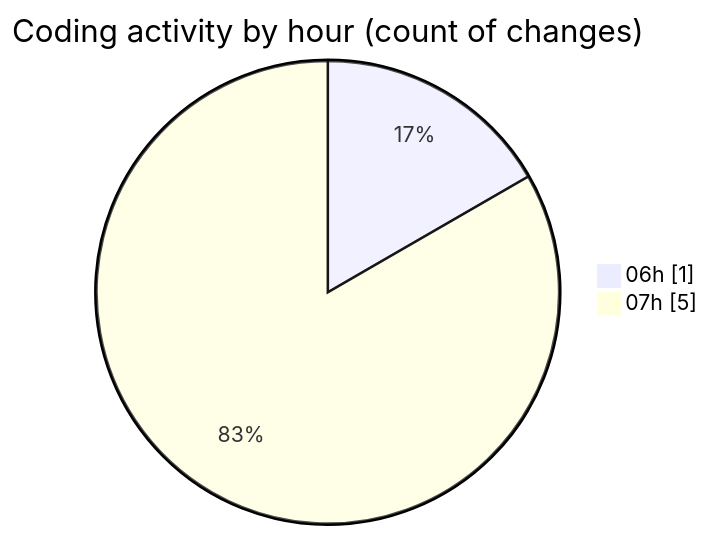
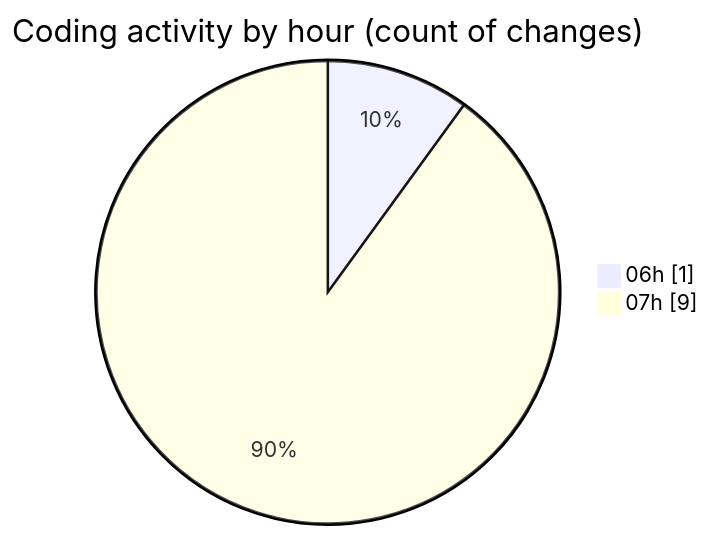
Before and after one commit to vahidmafi/code-tracking: the second of 2 diagrams in 2025-04-10/zeytoon/README.md, drawn with Mermaid. The commit also changed other lines of this file and 1 other file, not shown here.

````diff
--- a/2025-04-10/zeytoon/README.md
+++ b/2025-04-10/zeytoon/README.md
@@ -29,6 +30,6 @@
 ```mermaid
 pie showData
 title Coding activity by hour (count of changes)
 "06h" : 1
-"07h" : 5
+"07h" : 9
 ```
````
